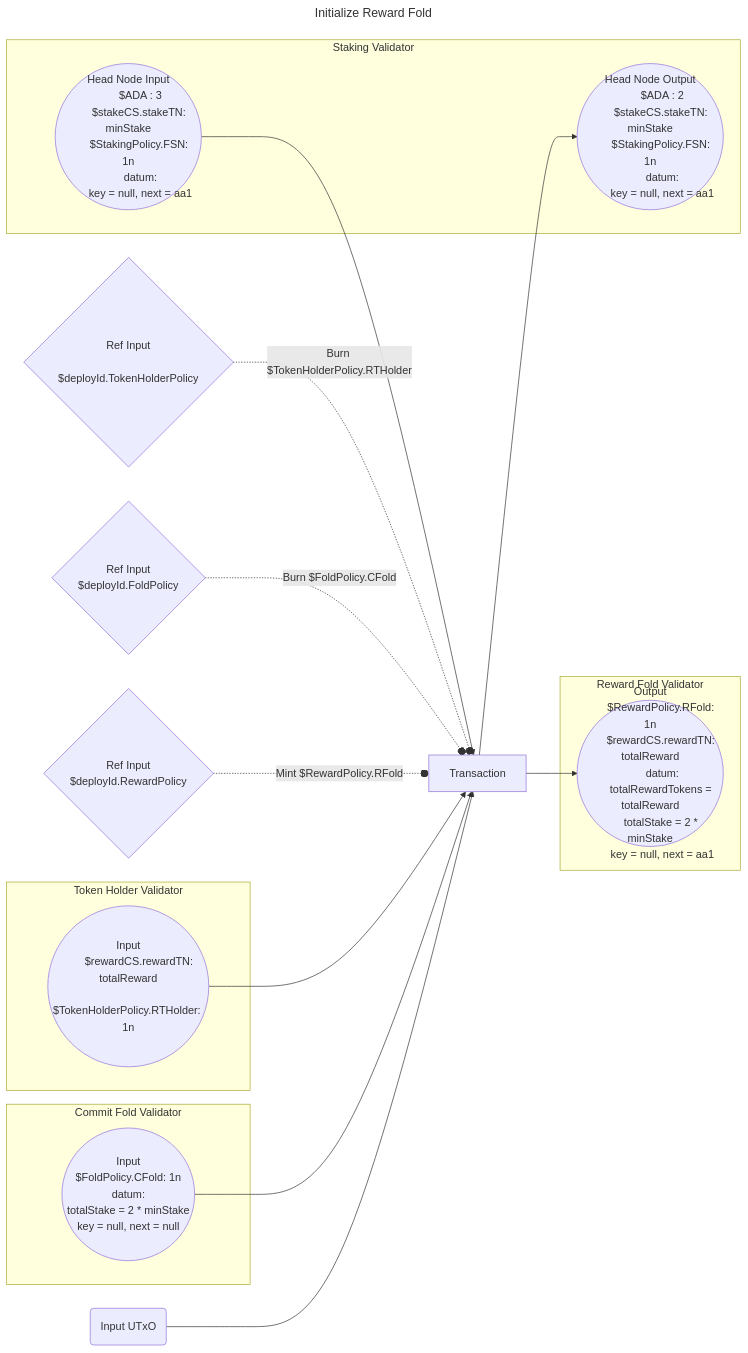
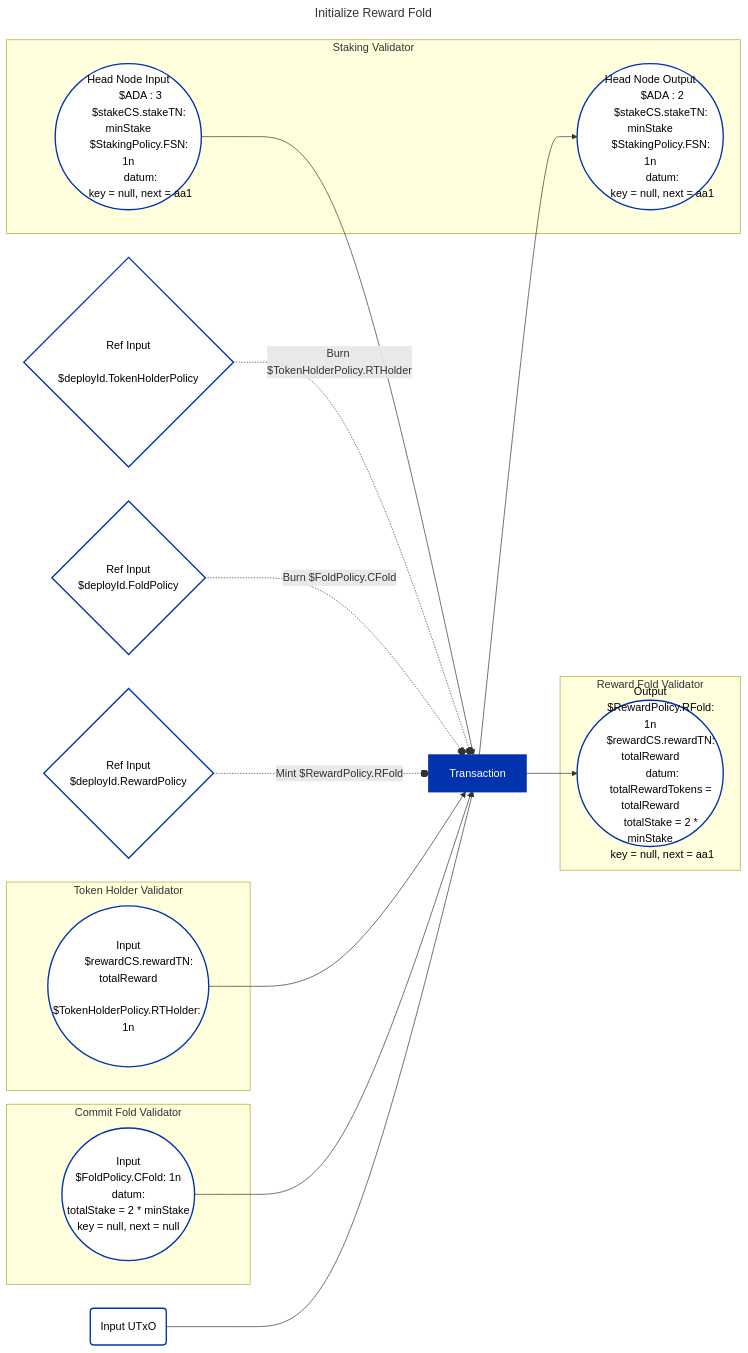
Before and after one commit to cardano-foundation/developer-portal: the eighth of 9 diagrams in docs/smart-contracts/smart-contract-languages/plutarch/production-grade-dapps/single-asset-staking.md, drawn with Mermaid. The commit also changed other lines of this file and 14 other files, not shown here.

Commit message:
cardano unified color scheme for mermaid diagrams

````diff
--- a/docs/smart-contracts/smart-contract-languages/plutarch/production-grade-dapps/single-asset-staking.md
+++ b/docs/smart-contracts/smart-contract-languages/plutarch/production-grade-dapps/single-asset-staking.md
@@ -310,57 +347,68 @@
 ```mermaid
 ---
 title: Initialize Reward Fold
 ---
 graph LR
     I1(Input UTxO)
     TX[ Transaction ]
     subgraph Staking Validator
     N1(("Head Node Input
         $ADA : 3
         $stakeCS.stakeTN: minStake
         $StakingPolicy.FSN: 1n
         datum:
         key = null, next = aa1 "))
     N2(("Head Node Output
         $ADA : 2
         $stakeCS.stakeTN: minStake
         $StakingPolicy.FSN: 1n
         datum:
         key = null, next = aa1 "))
     end
     subgraph Commit Fold Validator
     F1(("Input
         $FoldPolicy.CFold: 1n
         datum:
         totalStake = 2 * minStake
         key = null, next = null
         "))
     end
     subgraph Reward Fold Validator
     R1(("Output
         $RewardPolicy.RFold: 1n
         $rewardCS.rewardTN: totalReward
         datum:
         totalRewardTokens = totalReward
         totalStake = 2 * minStake
         key = null, next = aa1
         "))
     end
     subgraph Token Holder Validator
     T1(("Input
         $rewardCS.rewardTN: totalReward
         $TokenHolderPolicy.RTHolder: 1n "))
     end
     MP1{"Ref Input
       $deployId.TokenHolderPolicy"}  -.-o|Burn $TokenHolderPolicy.RTHolder| TX
     MP2{"Ref Input
       $deployId.FoldPolicy"}  -.-o|Burn $FoldPolicy.CFold| TX
     MP3{"Ref Input
       $deployId.RewardPolicy"}  -.-o|Mint $RewardPolicy.RFold| TX
     T1 --> TX
     F1 --> TX
     N1 --> TX
     I1 --> TX
     TX --> R1
     TX --> N2
+
+    style I1 fill:#FFFFFF,stroke:#0033AD,stroke-width:2px,color:#000000
+    style TX fill:#0033AD,stroke:#0033AD,stroke-width:2px,color:#FFFFFF
+    style N1 fill:#FFFFFF,stroke:#0033AD,stroke-width:2px,color:#000000
+    style N2 fill:#FFFFFF,stroke:#0033AD,stroke-width:2px,color:#000000
+    style F1 fill:#FFFFFF,stroke:#0033AD,stroke-width:2px,color:#000000
+    style R1 fill:#FFFFFF,stroke:#0033AD,stroke-width:2px,color:#000000
+    style T1 fill:#FFFFFF,stroke:#0033AD,stroke-width:2px,color:#000000
+    style MP1 fill:#FFFFFF,stroke:#0033AD,stroke-width:2px,color:#000000
+    style MP2 fill:#FFFFFF,stroke:#0033AD,stroke-width:2px,color:#000000
+    style MP3 fill:#FFFFFF,stroke:#0033AD,stroke-width:2px,color:#000000
 ```
````
